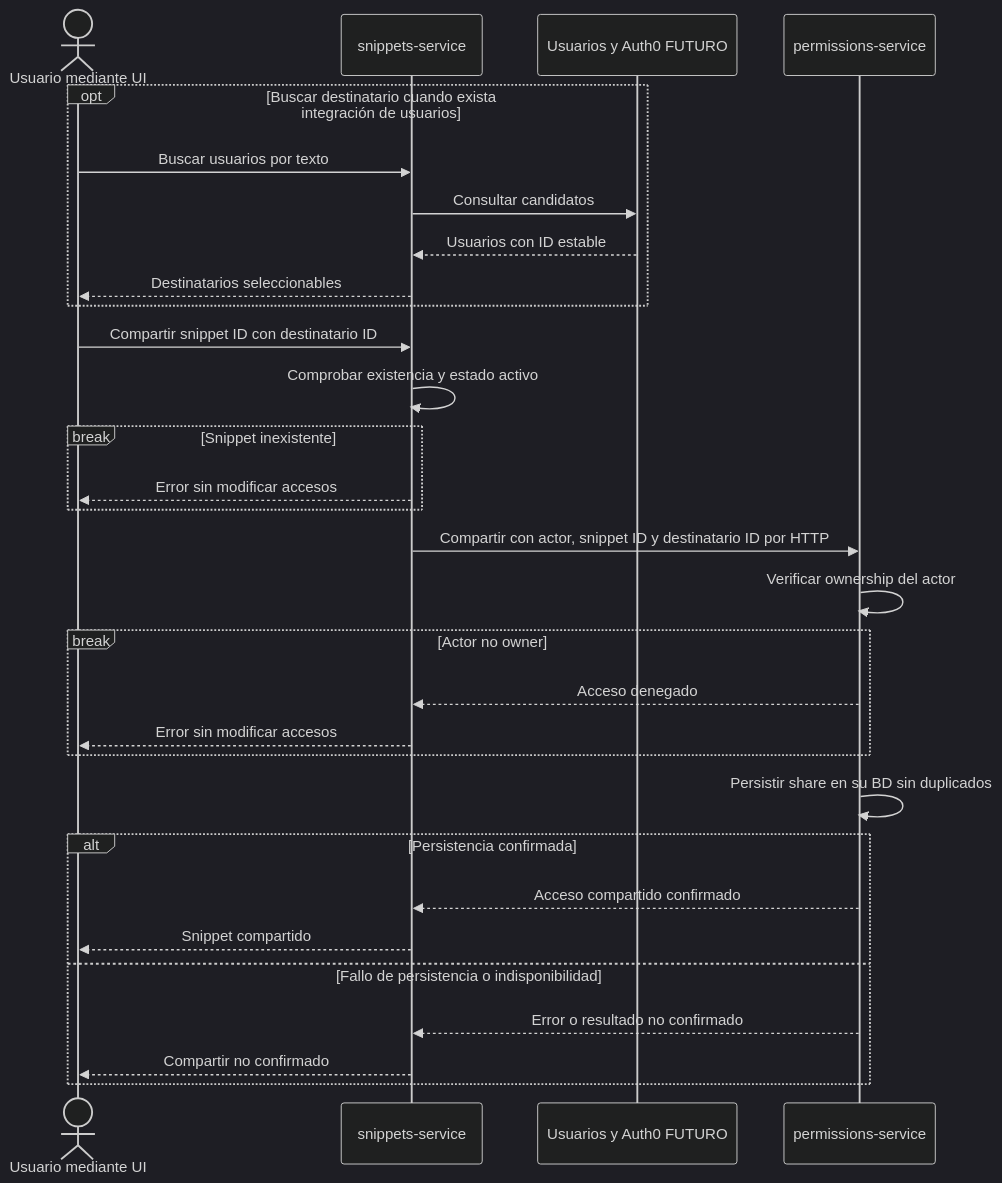
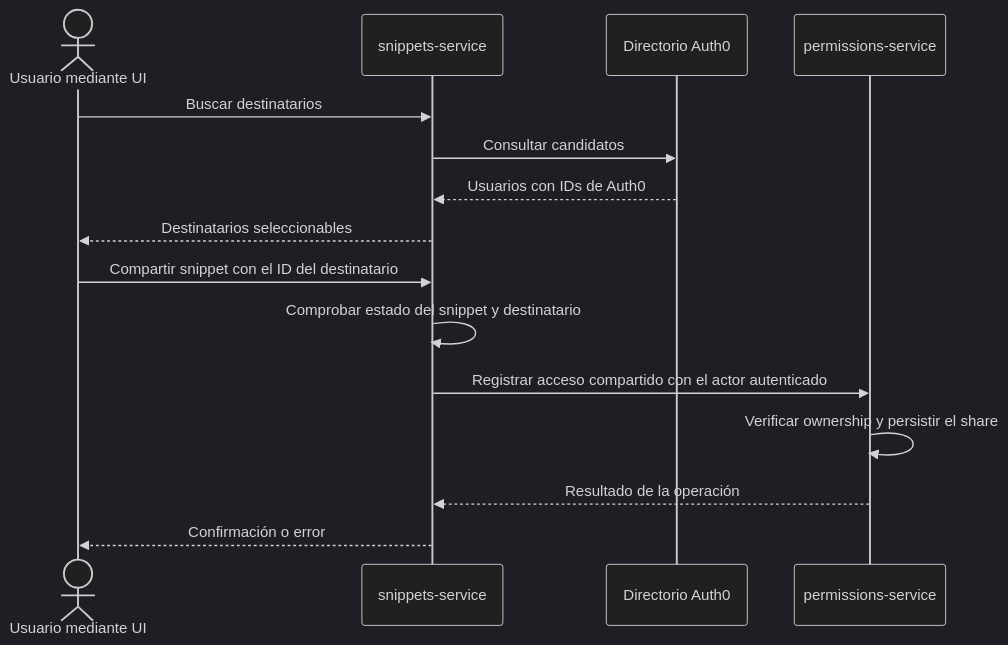
Before and after one commit to JJT-INGSIS/snippet-searcher-infra: the diagram in docs/architecture/flows/sharing-permissions.md, drawn with Mermaid (dark theme). The commit also changed other lines of this file and 56 other files, not shown here.

````diff
--- a/docs/architecture/flows/sharing-permissions.md
+++ b/docs/architecture/flows/sharing-permissions.md
@@ -5,36 +8,18 @@
 ```mermaid
 sequenceDiagram
     actor UI as Usuario mediante UI
     participant S as snippets-service
-    participant U as Usuarios y Auth0 FUTURO
+    participant U as Directorio Auth0
     participant P as permissions-service
 
-    opt Buscar destinatario cuando exista integración de usuarios
-        UI->>S: Buscar usuarios por texto
-        S->>U: Consultar candidatos
-        U-->>S: Usuarios con ID estable
-        S-->>UI: Destinatarios seleccionables
-    end
-
-    UI->>S: Compartir snippet ID con destinatario ID
-    S->>S: Comprobar existencia y estado activo
-    break Snippet inexistente
-        S-->>UI: Error sin modificar accesos
-    end
-
-    S->>P: Compartir con actor, snippet ID y destinatario ID por HTTP
-    P->>P: Verificar ownership del actor
-    break Actor no owner
-        P-->>S: Acceso denegado
-        S-->>UI: Error sin modificar accesos
-    end
-
-    P->>P: Persistir share en su BD sin duplicados
-    alt Persistencia confirmada
-        P-->>S: Acceso compartido confirmado
-        S-->>UI: Snippet compartido
-    else Fallo de persistencia o indisponibilidad
-        P-->>S: Error o resultado no confirmado
-        S-->>UI: Compartir no confirmado
-    end
+    UI->>S: Buscar destinatarios
+    S->>U: Consultar candidatos
+    U-->>S: Usuarios con IDs de Auth0
+    S-->>UI: Destinatarios seleccionables
+    UI->>S: Compartir snippet con el ID del destinatario
+    S->>S: Comprobar estado del snippet y destinatario
+    S->>P: Registrar acceso compartido con el actor autenticado
+    P->>P: Verificar ownership y persistir el share
+    P-->>S: Resultado de la operación
+    S-->>UI: Confirmación o error
 ```
````
